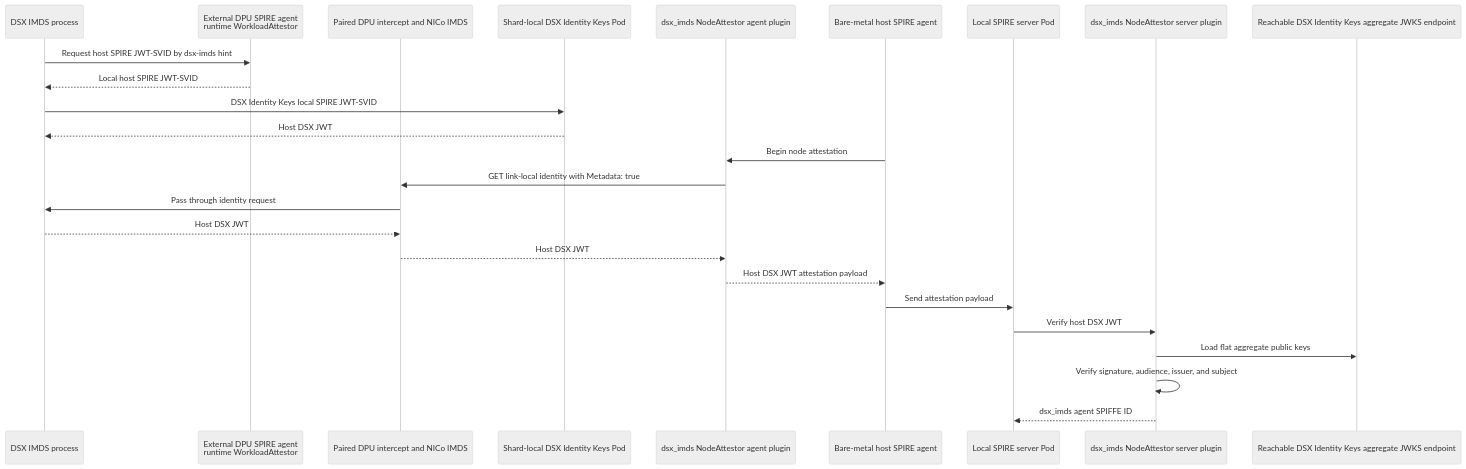
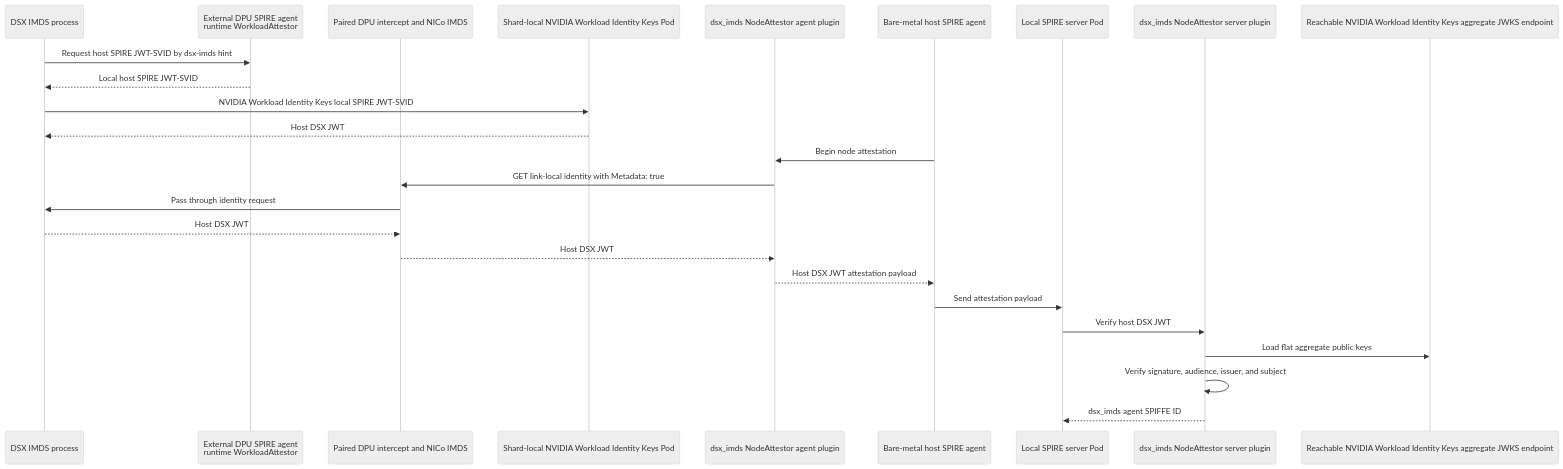
Before and after one commit to dsx-ai-factory/nvidia-workload-identity: the diagram in cmd/dsx-imds-node-attestor-server/README.md, drawn with Mermaid (neutral theme). The commit also changed 41 other files, not shown here.

First line of the commit message:
fix(NO-REF): update NVIDIA Workload Identity display names

````diff
--- a/cmd/dsx-imds-node-attestor-server/README.md
+++ b/cmd/dsx-imds-node-attestor-server/README.md
@@ -7,27 +7,27 @@
 ```mermaid
 sequenceDiagram
     participant DI as DSX IMDS process
     participant DA as External DPU SPIRE agent<br/>runtime WorkloadAttestor
     participant NI as Paired DPU intercept and NICo IMDS
-    participant EX as Shard-local DSX Identity Keys Pod
+    participant EX as Shard-local NVIDIA Workload Identity Keys Pod
     participant AP as dsx_imds NodeAttestor agent plugin
     participant HA as Bare-metal host SPIRE agent
     participant SS as Local SPIRE server Pod
     participant SP as dsx_imds NodeAttestor server plugin
-    participant JWKS as Reachable DSX Identity Keys aggregate JWKS endpoint
+    participant JWKS as Reachable NVIDIA Workload Identity Keys aggregate JWKS endpoint
     DI->>DA: Request host SPIRE JWT-SVID by dsx-imds hint
     DA-->>DI: Local host SPIRE JWT-SVID
-    DI->>EX: DSX Identity Keys local SPIRE JWT-SVID
+    DI->>EX: NVIDIA Workload Identity Keys local SPIRE JWT-SVID
     EX-->>DI: Host DSX JWT
     HA->>AP: Begin node attestation
     AP->>NI: GET link-local identity with Metadata: true
     NI->>DI: Pass through identity request
     DI-->>NI: Host DSX JWT
     NI-->>AP: Host DSX JWT
     AP-->>HA: Host DSX JWT attestation payload
     HA->>SS: Send attestation payload
     SS->>SP: Verify host DSX JWT
     SP->>JWKS: Load flat aggregate public keys
     SP->>SP: Verify signature, audience, issuer, and subject
     SP-->>SS: dsx_imds agent SPIFFE ID
 ```
````
